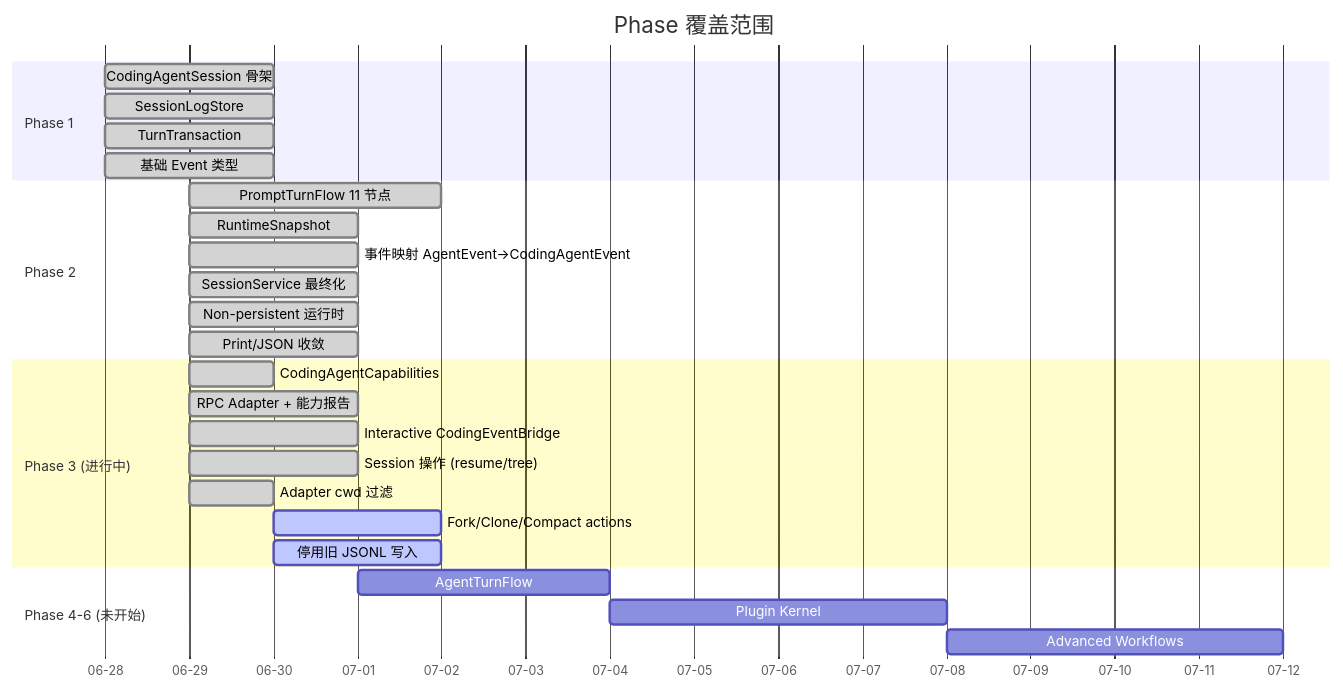
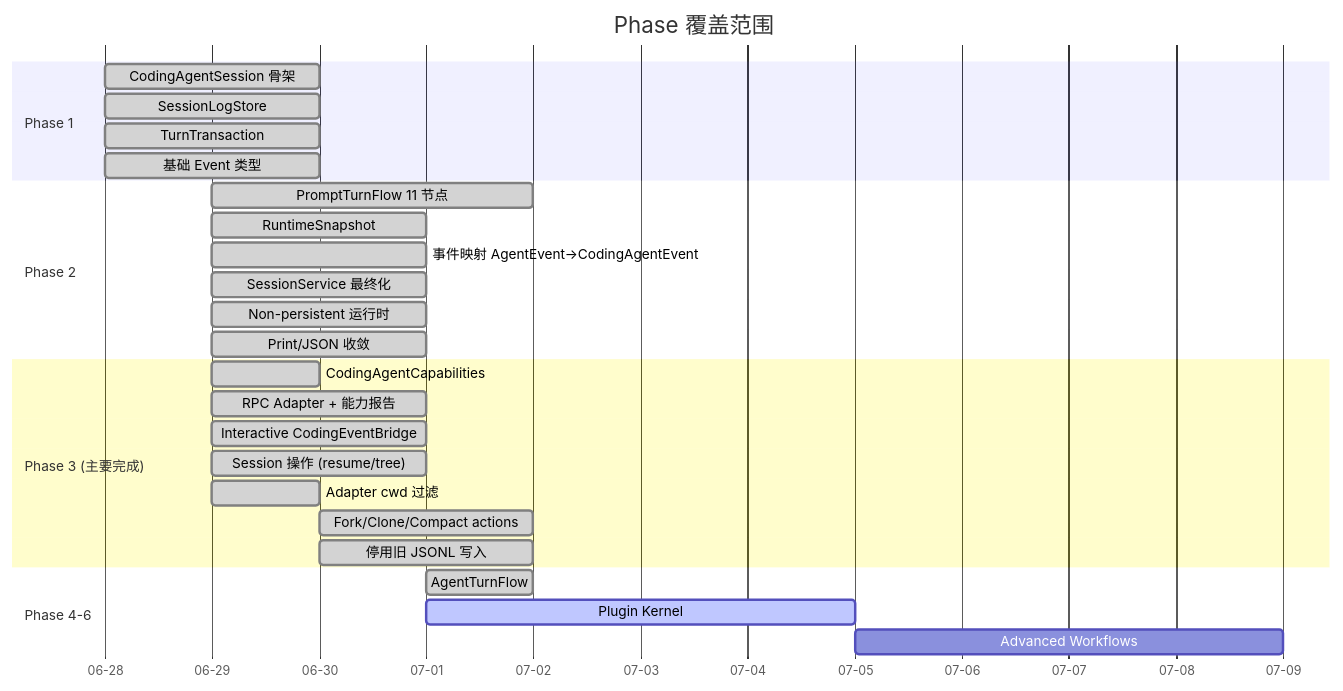
Diagram 11 of 12 in docs/superpowers/ARCHITECTURE.md (denislov/pi-rust), drawn with Mermaid before and after one commit. The commit also changed other lines of this file and 4 other files, not shown here.

Commit message:
docs: align roadmap with rust-native session architecture

````diff
--- a/docs/superpowers/ARCHITECTURE.md
+++ b/docs/superpowers/ARCHITECTURE.md
@@ -579,34 +579,34 @@
 ```mermaid
 gantt
     title Phase 覆盖范围
     dateFormat  YYYY-MM-DD
     axisFormat  %m-%d
 
     section Phase 1
     CodingAgentSession 骨架      :done, p1a, 2026-06-28, 2d
     SessionLogStore             :done, p1b, 2026-06-28, 2d
     TurnTransaction             :done, p1c, 2026-06-28, 2d
     基础 Event 类型              :done, p1d, 2026-06-28, 2d
 
     section Phase 2
     PromptTurnFlow 11 节点       :done, p2a, 2026-06-29, 3d
     RuntimeSnapshot             :done, p2b, 2026-06-29, 2d
     事件映射 AgentEvent→CodingAgentEvent :done, p2c, 2026-06-29, 2d
     SessionService 最终化        :done, p2d, 2026-06-29, 2d
     Non-persistent 运行时        :done, p2e, 2026-06-29, 2d
     Print/JSON 收敛              :done, p2f, 2026-06-29, 2d
 
-    section Phase 3 (进行中)
+    section Phase 3 (主要完成)
     CodingAgentCapabilities     :done, p3a, 2026-06-29, 1d
     RPC Adapter + 能力报告       :done, p3b, 2026-06-29, 2d
     Interactive CodingEventBridge :done, p3c, 2026-06-29, 2d
     Session 操作 (resume/tree)   :done, p3d, 2026-06-29, 2d
     Adapter cwd 过滤             :done, p3e, 2026-06-29, 1d
-    Fork/Clone/Compact actions  :active, p3f, 2026-06-30, 2d
-    停用旧 JSONL 写入            :active, p3g, 2026-06-30, 2d
+    Fork/Clone/Compact actions  :done, p3f, 2026-06-30, 2d
+    停用旧 JSONL 写入            :done, p3g, 2026-06-30, 2d
 
-    section Phase 4-6 (未开始)
-    AgentTurnFlow               :p4, 2026-07-01, 3d
-    Plugin Kernel               :p5, 2026-07-04, 4d
-    Advanced Workflows          :p6, 2026-07-08, 4d
+    section Phase 4-6
+    AgentTurnFlow               :done, p4, 2026-07-01, 1d
+    Plugin Kernel               :active, p5, 2026-07-01, 4d
+    Advanced Workflows          :p6, 2026-07-05, 4d
 ```
````
